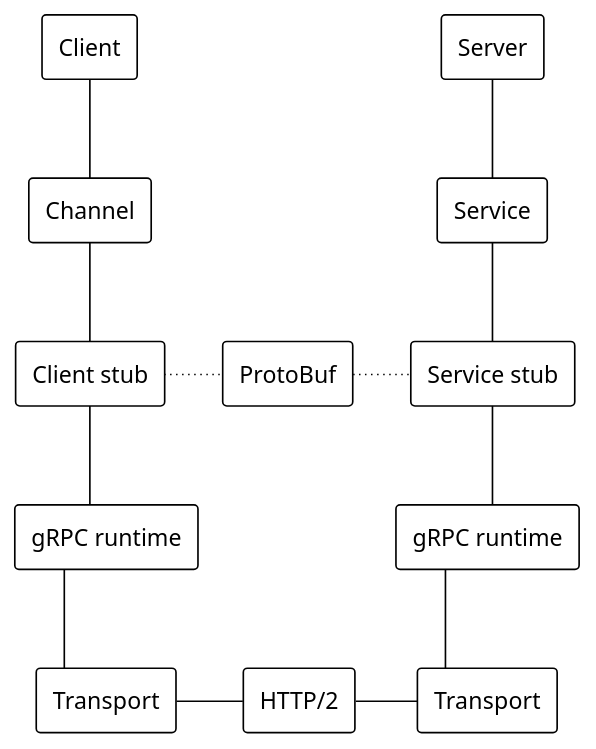
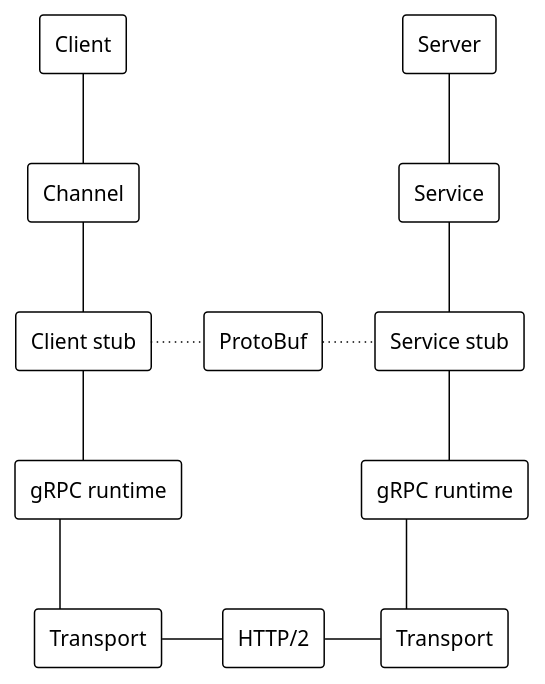
The diagram in images/gRPC.puml (c0p4c4b4n4/grpc-grpc-java), drawn with PlantUML before and after one commit. The commit also changed 8 other files, not shown here.

```diff
--- a/images/gRPC.puml
+++ b/images/gRPC.puml
@@ -1,45 +1,45 @@
 @startuml
 !theme plain
 '!pragma layout smetana
-scale 1.1
+scale 1.0
 skinparam defaultTextAlignment center
 skinparam linetype ortho
 
 rectangle "Client" as C0
 rectangle "Channel" as C1
 rectangle "Client stub" as C2
 rectangle "gRPC runtime" as C3
 rectangle "Transport" as C4
 
 rectangle "Server" as S0
 rectangle "Service" as S1
 rectangle "Service stub" as S2
 rectangle "gRPC runtime" as S3
 rectangle "Transport" as S4
 
 rectangle "ProtoBuf" as P
 rectangle "HTTP/2" as H
 
 C0 -down- C1
 C1 -down- C2
 C2 -down- C3
 C3 -down- C4
 C3 -[hidden]down- C4
 C3 -[hidden]down- C4
 C3 -[hidden]down- C4
 
 S0 -down- S1
 S1 -down- S2
 S2 -down- S3
 S3 -down- S4
 S3 -[hidden]down- S4
 S3 -[hidden]down- S4
 S3 -[hidden]down- S4
 
 C2 -[dotted]right- P
 P -[dotted]right- S2
 
 C4 -right- H
 H -right- S4
 
 @enduml
```
